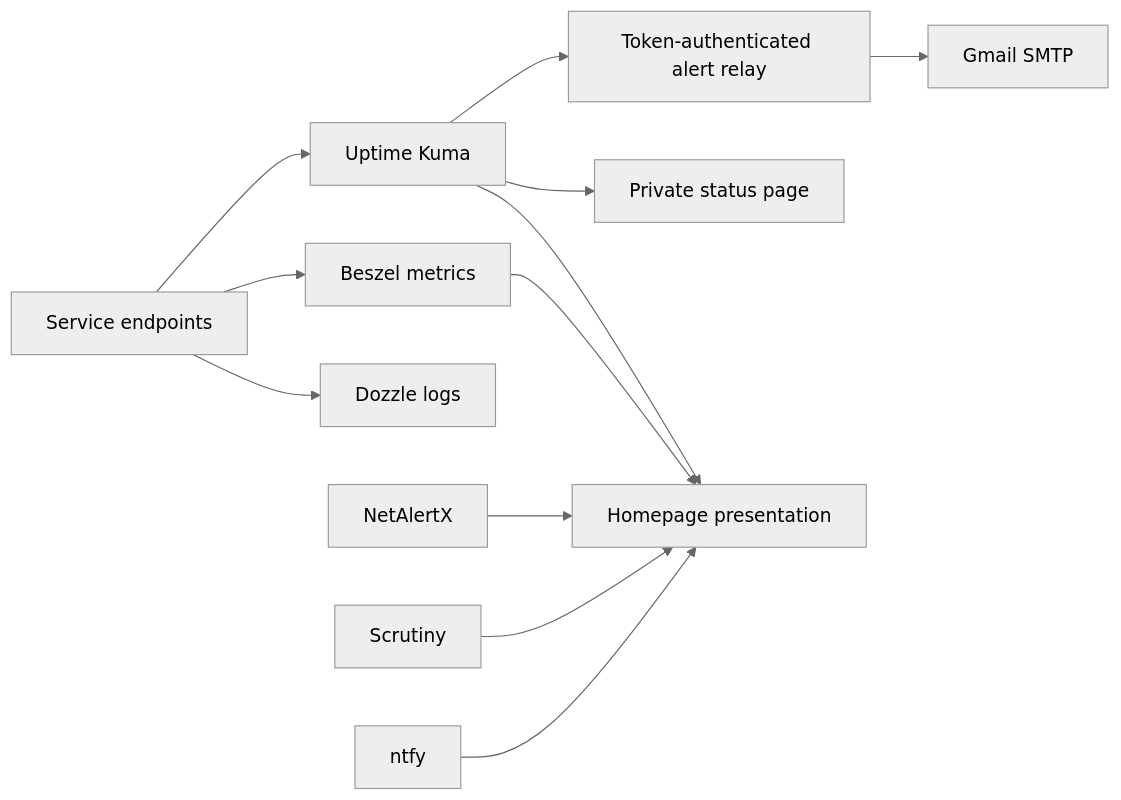
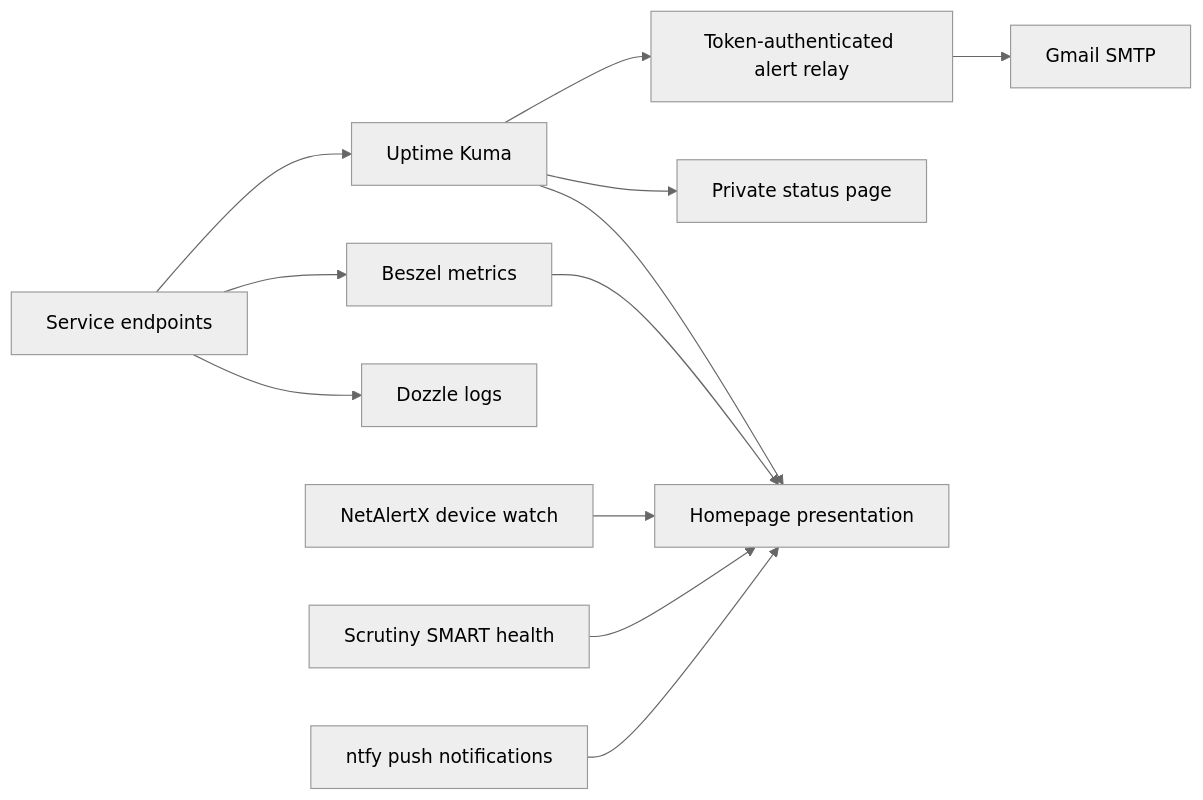
One commit to Mohamed-DN/Sovereign-Homelab changed the third of 4 diagrams in docs/00_overview/ARCHITECTURE_AND_DATA_FLOWS.md. Above: the diagram before and after it, drawn with Mermaid (neutral theme). The commit also changed other lines of this file and 1 other file, not shown here.

````diff
--- a/docs/00_overview/ARCHITECTURE_AND_DATA_FLOWS.md
+++ b/docs/00_overview/ARCHITECTURE_AND_DATA_FLOWS.md
@@ -88,14 +148,14 @@
 ```mermaid
 flowchart LR
     Targets[Service endpoints] --> Kuma[Uptime Kuma]
     Targets --> Beszel[Beszel metrics]
     Targets --> Logs[Dozzle logs]
     Kuma --> Relay[Token-authenticated alert relay]
     Relay --> Gmail[Gmail SMTP]
     Kuma --> Status[Private status page]
     Kuma --> Homepage[Homepage presentation]
     Beszel --> Homepage
-    NetAlertX --> Homepage
-    Scrutiny --> Homepage
-    ntfy --> Homepage
+    NetAlertX[NetAlertX device watch] --> Homepage
+    Scrutiny[Scrutiny SMART health] --> Homepage
+    ntfy[ntfy push notifications] --> Homepage
 ```
````
